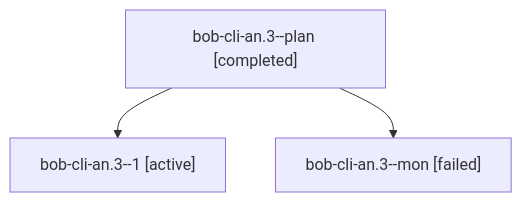
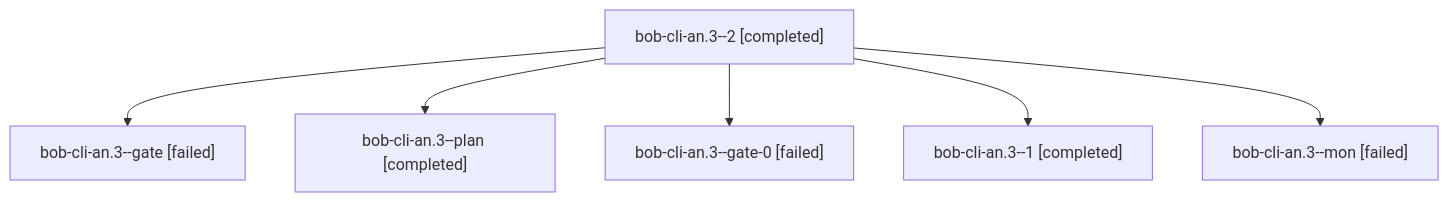
The diagram in sessions/bbugyi200.athena.bob-cli-an.3.md (bobs-org/bob-cli--agents), drawn with Mermaid before and after one commit. The commit also changed other lines of this file and 83 other files, not shown here.

````diff
--- a/sessions/bbugyi200.athena.bob-cli-an.3.md
+++ b/sessions/bbugyi200.athena.bob-cli-an.3.md
@@ -9,8 +9,14 @@
 ```mermaid
 flowchart TD
-  n0["bob-cli-an.3--plan [completed]"]
-  n1["bob-cli-an.3--1 [active]"]
+  n0["bob-cli-an.3--2 [completed]"]
+  n1["bob-cli-an.3--gate [failed]"]
   n0 --> n1
-  n2["bob-cli-an.3--mon [failed]"]
+  n2["bob-cli-an.3--plan [completed]"]
   n0 --> n2
+  n3["bob-cli-an.3--gate-0 [failed]"]
+  n0 --> n3
+  n4["bob-cli-an.3--1 [completed]"]
+  n0 --> n4
+  n5["bob-cli-an.3--mon [failed]"]
+  n0 --> n5
 ```
````
